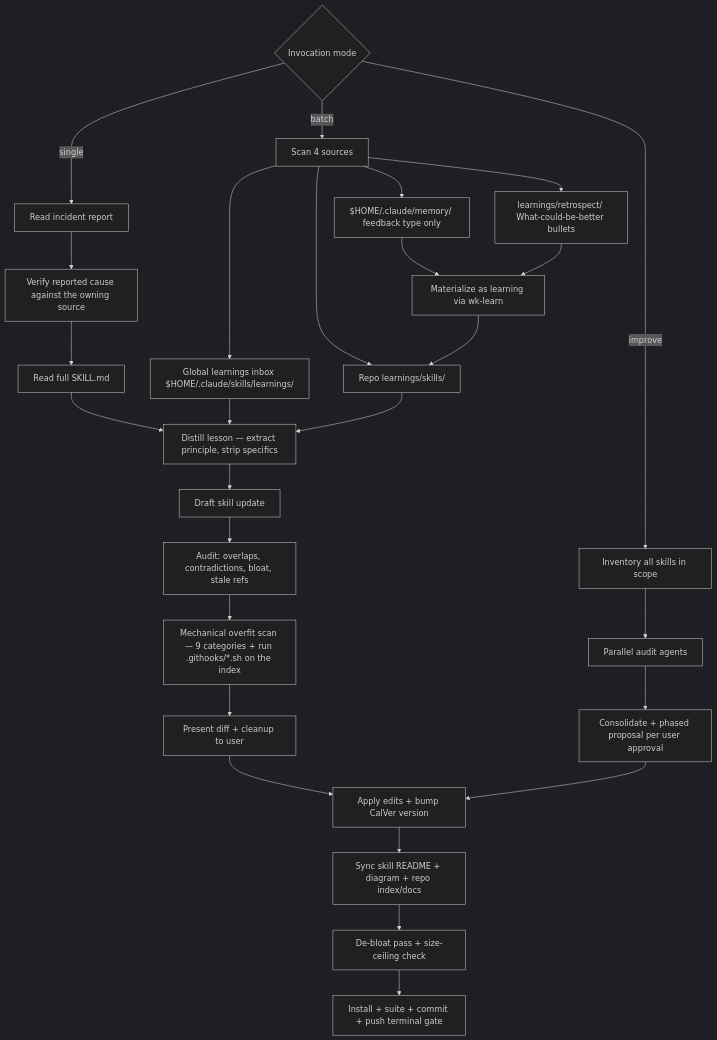
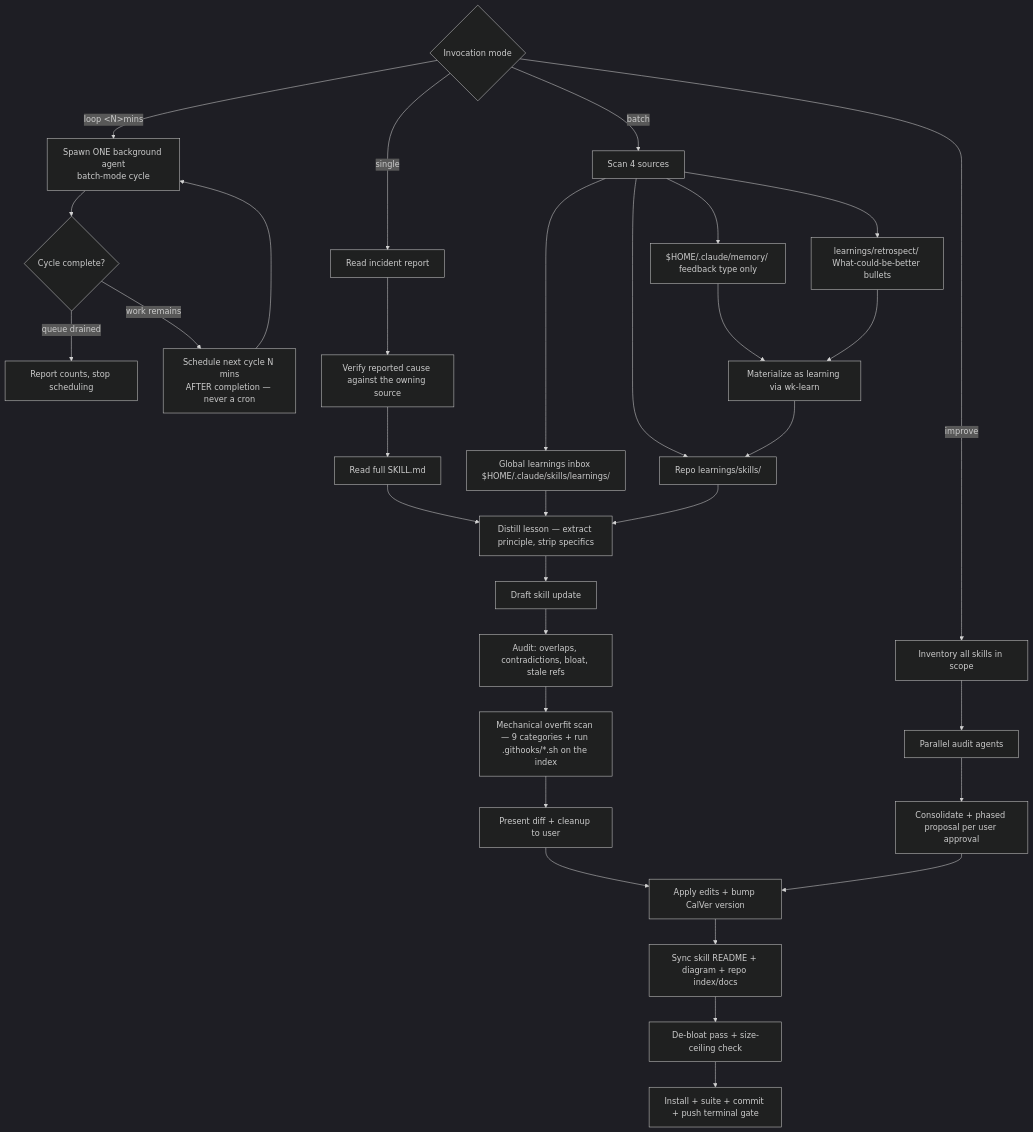
One commit to whizzzkid/skills changed the diagram in skills/sharpen/README.md. Above: the diagram before and after it, drawn with Mermaid (dark theme). The commit also changed other lines of this file and 9 other files, not shown here.

````diff
--- a/skills/sharpen/README.md
+++ b/skills/sharpen/README.md
@@ -16,28 +16,33 @@
 ```mermaid
 flowchart TD
     A{Invocation mode} -->|single| B[Read incident report]
     A -->|batch| G[Scan 4 sources]
     A -->|improve| K[Inventory all skills in scope]
+    A -->|"loop &lt;N&gt;mins"| N1["Spawn ONE background agent<br/>batch-mode cycle"]
+    N1 --> N2{"Cycle complete?"}
+    N2 -->|"queue drained"| N4["Report counts, stop scheduling"]
+    N2 -->|"work remains"| N3["Schedule next cycle N mins<br/>AFTER completion — never a cron"]
+    N3 --> N1
     B --> B2[Verify reported cause against the owning source]
     B2 --> C[Read full SKILL.md]
     C --> D[Distill lesson — extract principle, strip specifics]
     D --> E[Draft skill update]
     E --> F[Audit: overlaps, contradictions, bloat, stale refs]
     F --> F2[Mechanical overfit scan — 9 categories + run .githooks/*.sh on the index]
     F2 --> P[Present diff + cleanup to user]
     P --> Q[Apply edits + bump CalVer version]
     Q --> Q2[Sync skill README + diagram + repo index/docs]
     Q2 --> R[De-bloat pass + size-ceiling check]
     R --> S["Install + suite + commit + push terminal gate"]
     G --> G1[Global learnings inbox $HOME/.claude/skills/learnings/]
     G --> G2[Repo learnings/skills/]
     G --> G3[$HOME/.claude/memory/ feedback type only]
     G --> G4[learnings/retrospect/ What-could-be-better bullets]
     G3 --> GM[Materialize as learning via wk-learn]
     G4 --> GM
     GM --> G2
     G1 & G2 --> D
     K --> L[Parallel audit agents]
     L --> M[Consolidate + phased proposal per user approval]
     M --> Q
 ```
````
